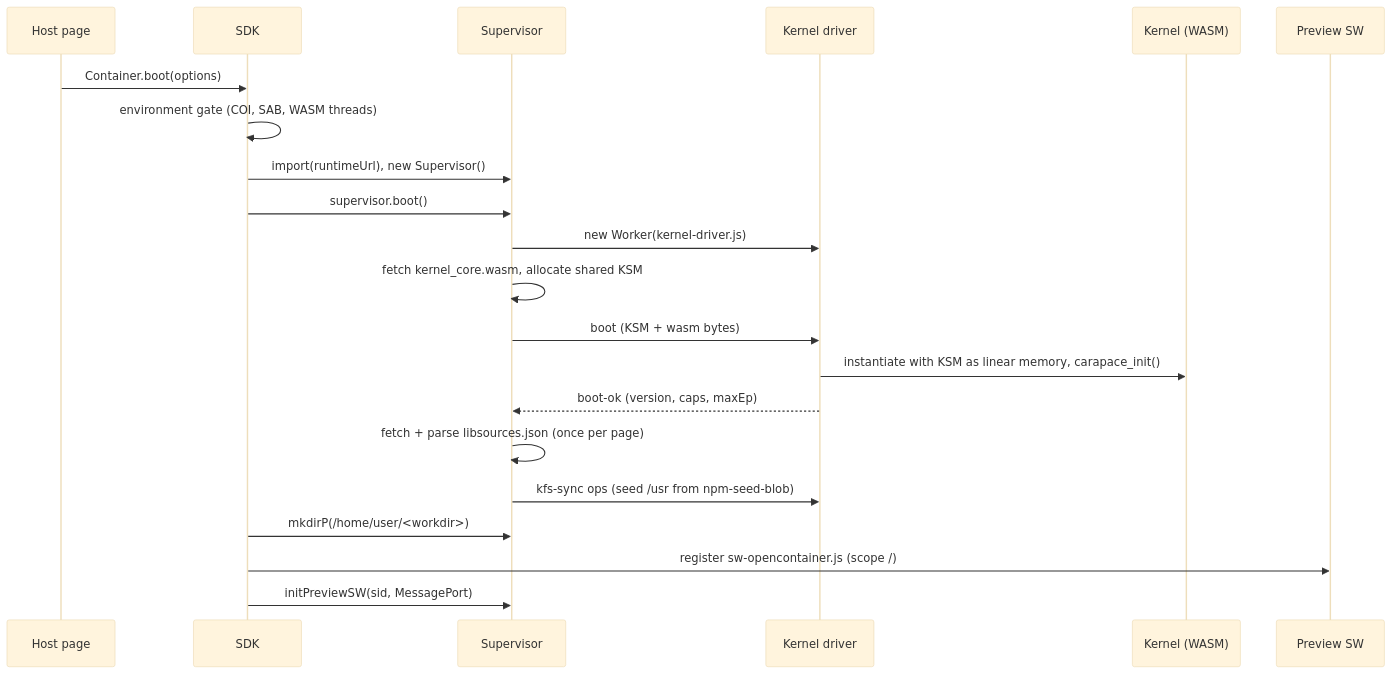
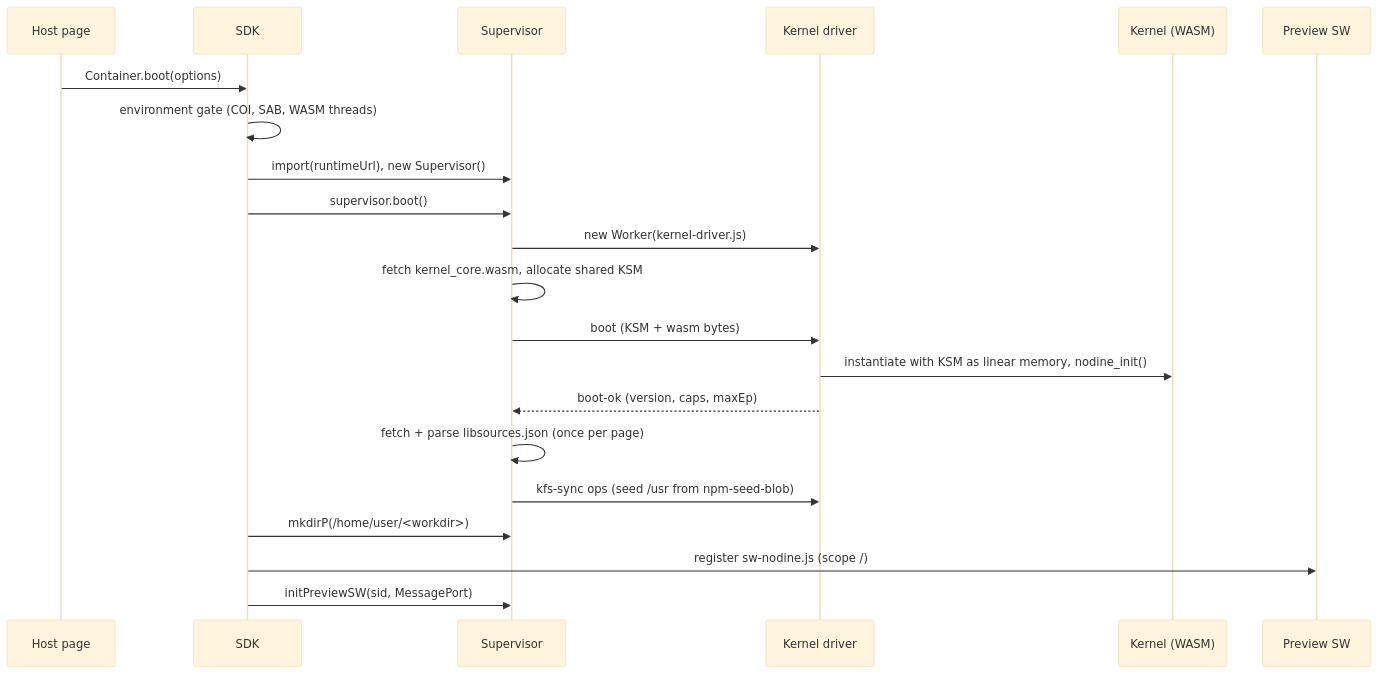
Before and after one commit to Amplytic-Labs/nodine: the second of 2 diagrams in docs/ARCHITECTURE.md, drawn with Mermaid (base theme). The commit also changed other lines of this file and 43 other files, not shown here.

First line of the commit message:
rename: complete the Nodine rebrand — remove every carapace/opencontainer/webcontainer reference

````diff
--- a/docs/ARCHITECTURE.md
+++ b/docs/ARCHITECTURE.md
@@ -58,24 +58,24 @@
 ```mermaid
 sequenceDiagram
     participant P as Host page
     participant S as SDK
     participant U as Supervisor
     participant D as Kernel driver
     participant K as Kernel (WASM)
     participant W as Preview SW
 
     P->>S: Container.boot(options)
     S->>S: environment gate (COI, SAB, WASM threads)
     S->>U: import(runtimeUrl), new Supervisor()
     S->>U: supervisor.boot()
     U->>D: new Worker(kernel-driver.js)
     U->>U: fetch kernel_core.wasm, allocate shared KSM
     U->>D: boot (KSM + wasm bytes)
-    D->>K: instantiate with KSM as linear memory, carapace_init()
+    D->>K: instantiate with KSM as linear memory, nodine_init()
     D-->>U: boot-ok (version, caps, maxEp)
     U->>U: fetch + parse libsources.json (once per page)
     U->>D: kfs-sync ops (seed /usr from npm-seed-blob)
     S->>U: mkdirP(/home/user/<workdir>)
-    S->>W: register sw-opencontainer.js (scope /)
+    S->>W: register sw-nodine.js (scope /)
     S->>U: initPreviewSW(sid, MessagePort)
 ```
````
